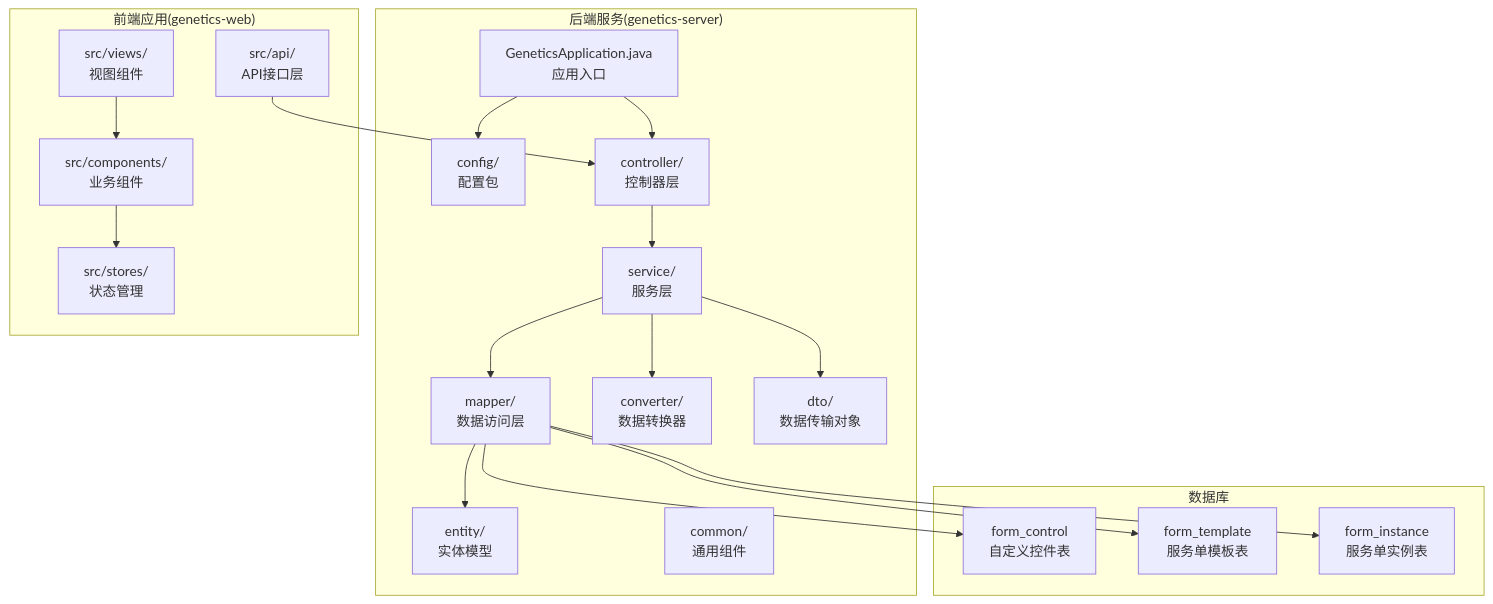
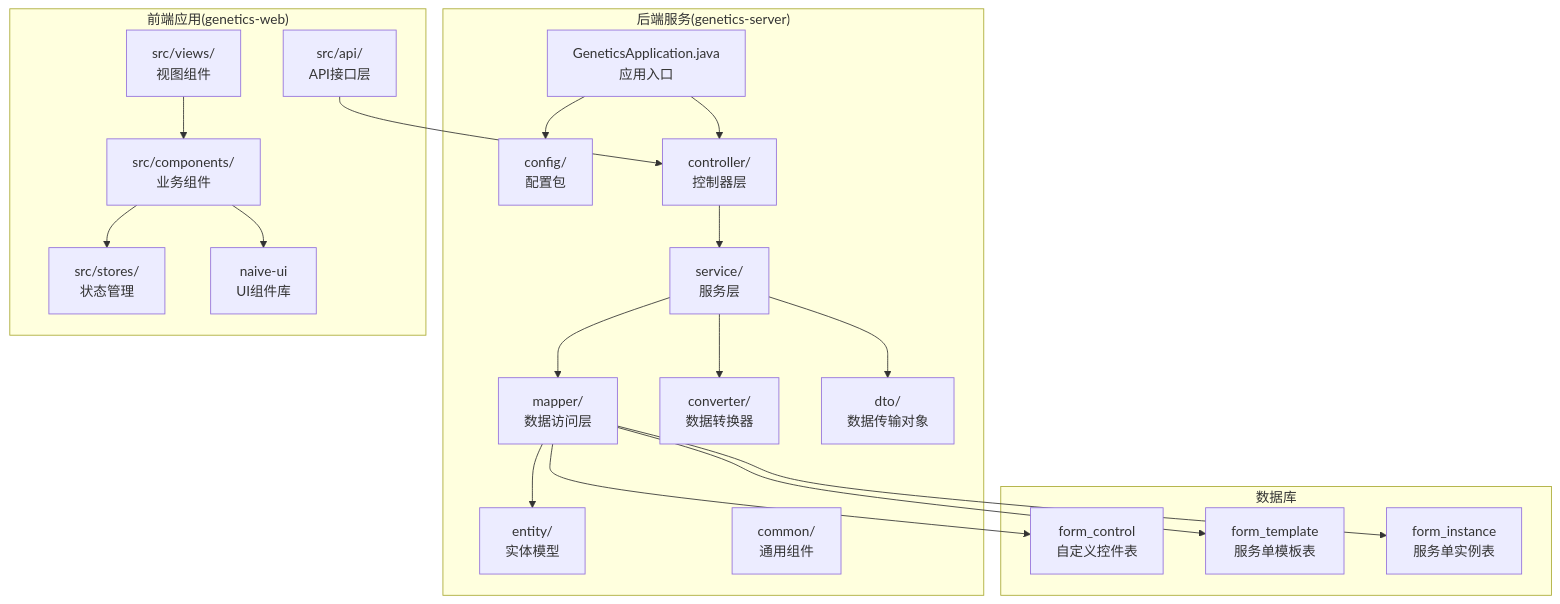
One commit to NJMrLi/genetics changed the first of 5 diagrams in .qoder/repowiki/zh/content/技术栈选型.md. Above: the diagram before and after it, drawn with Mermaid. The commit also changed other lines of this file and 32 other files, not shown here.

````diff
--- a/.qoder/repowiki/zh/content/技术栈选型.md
+++ b/.qoder/repowiki/zh/content/技术栈选型.md
@@ -45,38 +56,40 @@
 ```mermaid
 graph TB
 subgraph "后端服务(genetics-server)"
 A[GeneticsApplication.java<br/>应用入口]
 B[config/<br/>配置包]
 C[controller/<br/>控制器层]
 D[service/<br/>服务层]
 E[mapper/<br/>数据访问层]
 F[entity/<br/>实体模型]
 G[converter/<br/>数据转换器]
 H[dto/<br/>数据传输对象]
 I[common/<br/>通用组件]
 end
 subgraph "前端应用(genetics-web)"
 J[src/api/<br/>API接口层]
 K[src/views/<br/>视图组件]
 L[src/components/<br/>业务组件]
 M[src/stores/<br/>状态管理]
+N[naive-ui<br/>UI组件库]
 end
 subgraph "数据库"
-N[form_control<br/>自定义控件表]
-O[form_template<br/>服务单模板表]
-P[form_instance<br/>服务单实例表]
+O[form_control<br/>自定义控件表]
+P[form_template<br/>服务单模板表]
+Q[form_instance<br/>服务单实例表]
 end
 A --> B
 A --> C
 C --> D
 D --> E
 E --> F
 D --> G
 D --> H
 J --> C
 K --> L
 L --> M
-E --> N
+L --> N
 E --> O
 E --> P
+E --> Q
 ```
````
